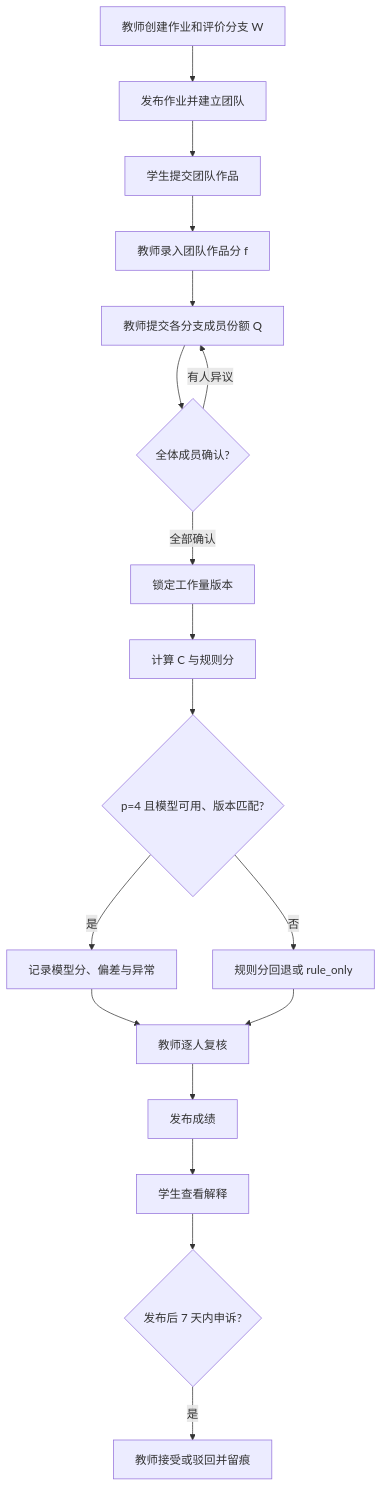
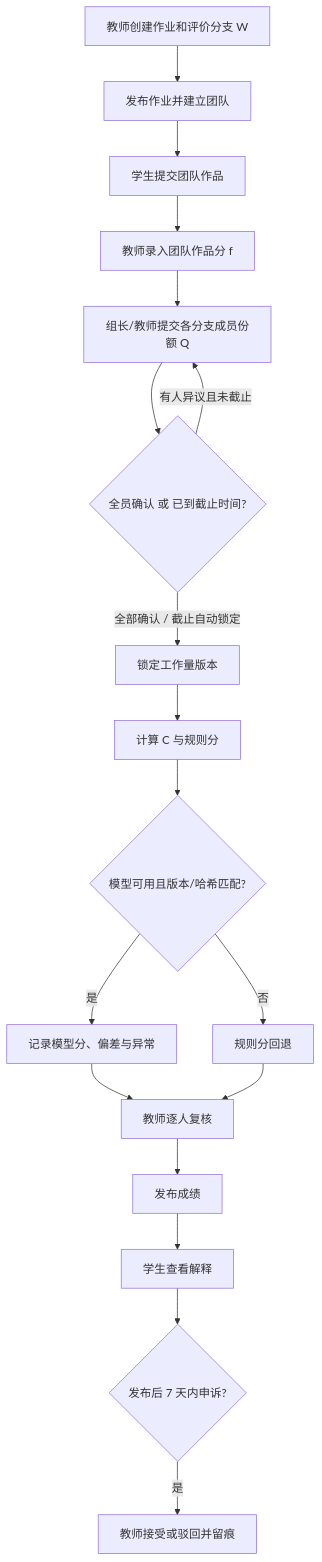
Before and after one commit to Anny-ZYF/pbl-demo: the second of 6 diagrams in docs/SYSTEM_DESIGN.md, drawn with Mermaid. The commit also changed other lines of this file and 420 other files, not shown here.

````diff
--- a/docs/SYSTEM_DESIGN.md
+++ b/docs/SYSTEM_DESIGN.md
@@ -64,20 +65,20 @@
 ```mermaid
 flowchart TD
     A["教师创建作业和评价分支 W"] --> B["发布作业并建立团队"]
     B --> C["学生提交团队作品"]
     C --> D["教师录入团队作品分 f"]
-    D --> E["教师提交各分支成员份额 Q"]
-    E --> F{"全体成员确认?"}
-    F -->|"有人异议"| E
-    F -->|"全部确认"| G["锁定工作量版本"]
+    D --> E["组长/教师提交各分支成员份额 Q"]
+    E --> F{"全员确认 或 已到截止时间?"}
+    F -->|"有人异议且未截止"| E
+    F -->|"全部确认 / 截止自动锁定"| G["锁定工作量版本"]
     G --> H["计算 C 与规则分"]
-    H --> I{"p=4 且模型可用、版本匹配?"}
+    H --> I{"模型可用且版本/哈希匹配?"}
     I -->|"是"| J["记录模型分、偏差与异常"]
-    I -->|"否"| K["规则分回退或 rule_only"]
+    I -->|"否"| K["规则分回退"]
     J --> L["教师逐人复核"]
     K --> L
     L --> M["发布成绩"]
     M --> N["学生查看解释"]
     N --> O{"发布后 7 天内申诉?"}
     O -->|"是"| P["教师接受或驳回并留痕"]
 ```
````
